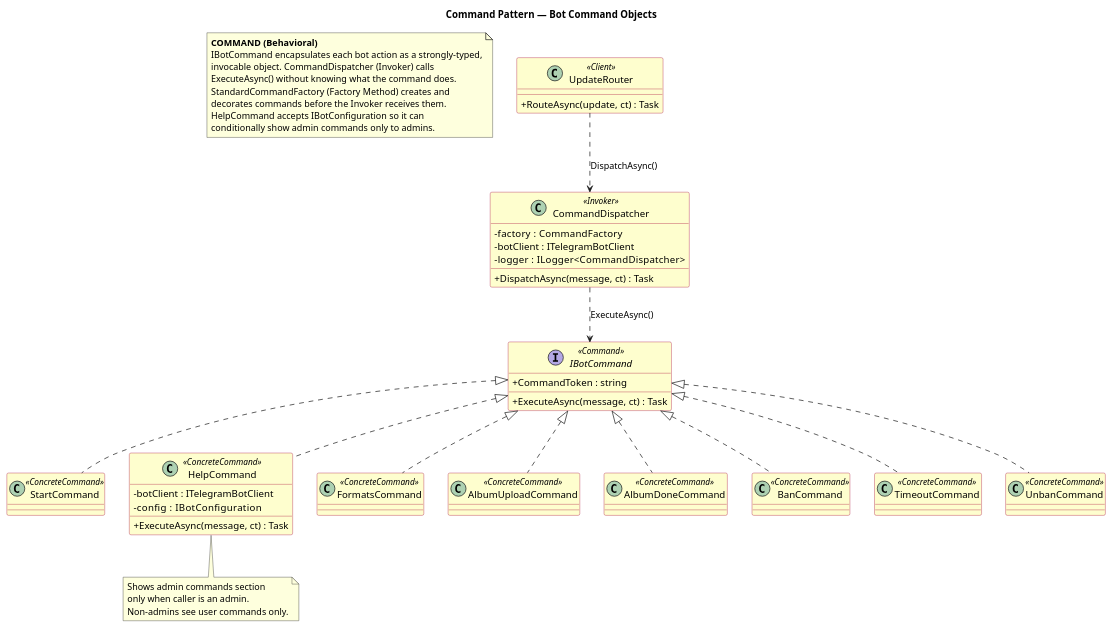
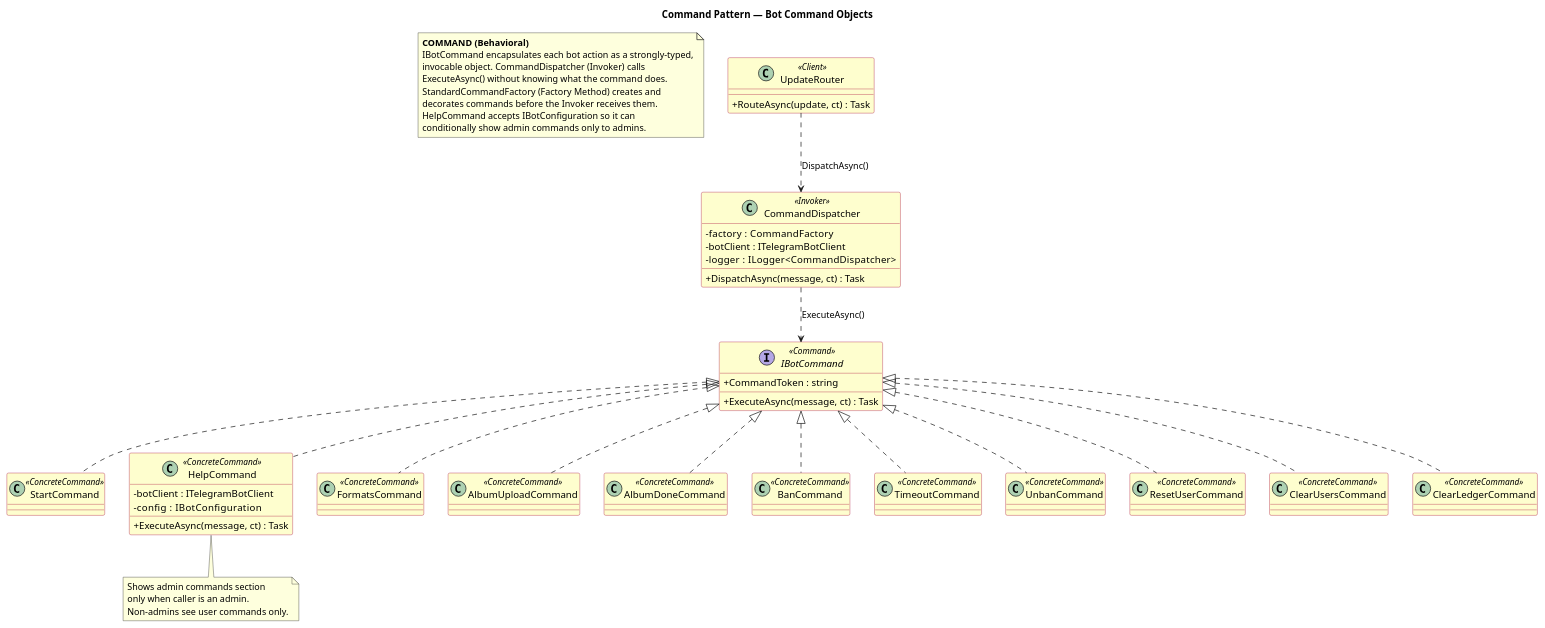
One commit to Heiwa03/NurFlac changed the diagram in UML_Diagrams/11_Command.puml. Above: the diagram before and after it, drawn with PlantUML. The commit also changed 7 other files, not shown here.

First line of the commit message:
chore(diagrams,docs): sync UML diagrams, report, and presentation with new admin commands

```diff
--- a/UML_Diagrams/11_Command.puml
+++ b/UML_Diagrams/11_Command.puml
@@ -1,73 +1,79 @@
 @startuml Command_BotCommands
 ' If any modifications are done to the classes participating in this pattern,
 ' this diagram must be updated accordingly.
 
 title Command Pattern — Bot Command Objects
 
 skinparam classAttributeIconSize 0
 skinparam class {
   BackgroundColor #FEFECE
   BorderColor #A80036
 }
 
 note as N1
   <b>COMMAND (Behavioral)</b>
   IBotCommand encapsulates each bot action as a strongly-typed,
   invocable object. CommandDispatcher (Invoker) calls
   ExecuteAsync() without knowing what the command does.
   StandardCommandFactory (Factory Method) creates and
   decorates commands before the Invoker receives them.
   HelpCommand accepts IBotConfiguration so it can
   conditionally show admin commands only to admins.
 end note
 
 interface IBotCommand << Command >> {
   + CommandToken : string
   + ExecuteAsync(message, ct) : Task
 }
 
 class CommandDispatcher << Invoker >> {
   - factory   : CommandFactory
   - botClient : ITelegramBotClient
   - logger    : ILogger<CommandDispatcher>
   + DispatchAsync(message, ct) : Task
 }
 
 class StartCommand       << ConcreteCommand >>
 
 class HelpCommand        << ConcreteCommand >> {
   - botClient : ITelegramBotClient
   - config    : IBotConfiguration
   + ExecuteAsync(message, ct) : Task
 }
 
 note bottom of HelpCommand
   Shows admin commands section
   only when caller is an admin.
   Non-admins see user commands only.
 end note
 
 class FormatsCommand     << ConcreteCommand >>
 class AlbumUploadCommand << ConcreteCommand >>
 class AlbumDoneCommand   << ConcreteCommand >>
 class BanCommand         << ConcreteCommand >>
 class TimeoutCommand     << ConcreteCommand >>
 class UnbanCommand       << ConcreteCommand >>
+class ResetUserCommand   << ConcreteCommand >>
+class ClearUsersCommand  << ConcreteCommand >>
+class ClearLedgerCommand << ConcreteCommand >>
 
 class UpdateRouter << Client >> {
   + RouteAsync(update, ct) : Task
 }
 
 IBotCommand <|.. StartCommand
 IBotCommand <|.. HelpCommand
 IBotCommand <|.. FormatsCommand
 IBotCommand <|.. AlbumUploadCommand
 IBotCommand <|.. AlbumDoneCommand
 IBotCommand <|.. BanCommand
 IBotCommand <|.. TimeoutCommand
 IBotCommand <|.. UnbanCommand
+IBotCommand <|.. ResetUserCommand
+IBotCommand <|.. ClearUsersCommand
+IBotCommand <|.. ClearLedgerCommand
 
 CommandDispatcher ..> IBotCommand      : ExecuteAsync()
 UpdateRouter      ..> CommandDispatcher : DispatchAsync()
 
 @enduml
```
